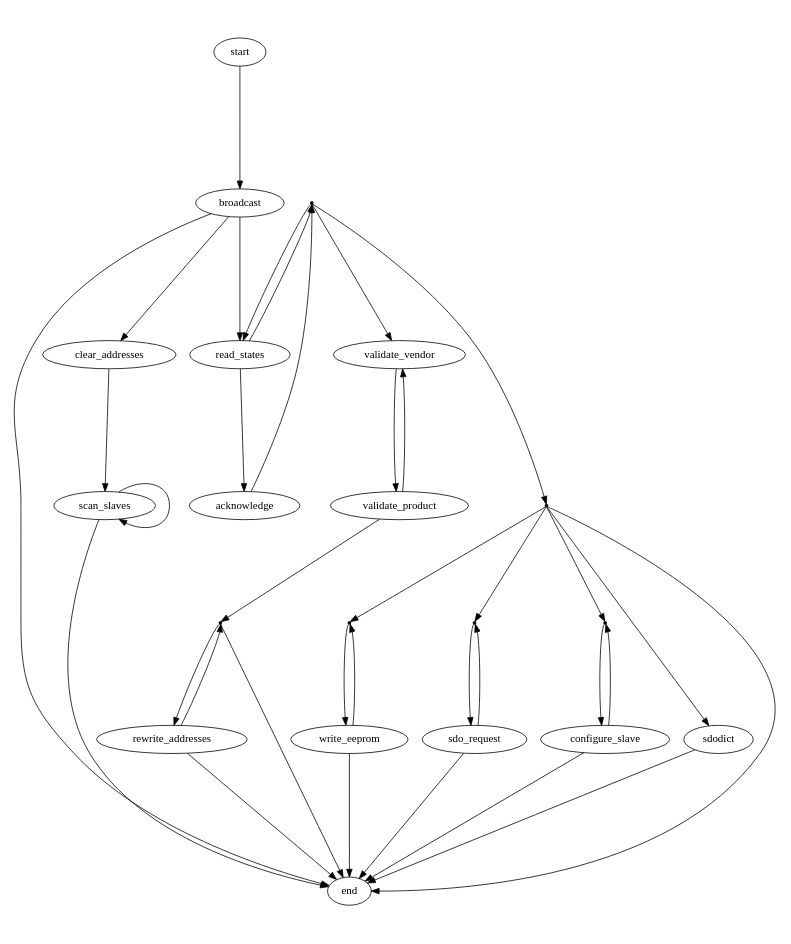
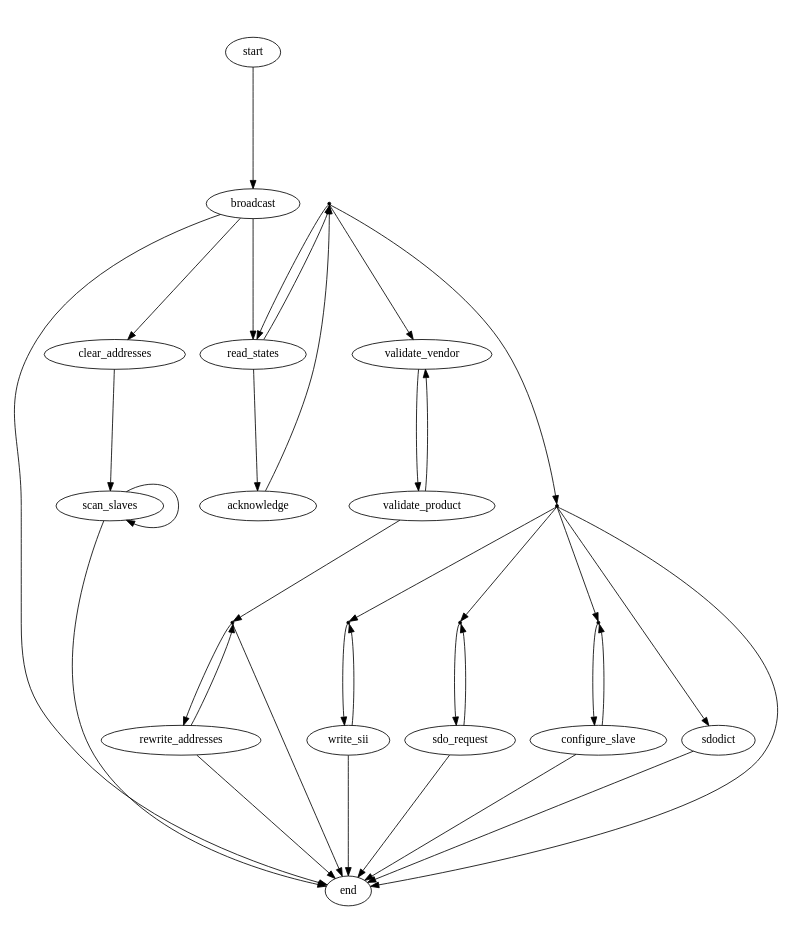
Before and after one commit to ribalda/ethercat: the diagram in documentation/graphs/fsm_master.dot, drawn with Graphviz. The commit also changed 12 other files, not shown here.

Commit message:
Renamed EEPROM to SII.

```diff
--- a/documentation/graphs/fsm_master.dot
+++ b/documentation/graphs/fsm_master.dot
@@ -1,83 +1,83 @@
 
 /* $Id$ */
 
 digraph master {
     size="7,9"
     center=1
 	ratio=fill
 
-    action_process_eeprom [shape=point,label=""]
+    action_process_sii [shape=point,label=""]
     action_process_sdo [shape=point,label=""]
     action_configure [shape=point,label=""]
     action_next_slave_state [shape=point,label=""]
     action_process_states [shape=point,label=""]
     action_addresses [shape=point,label=""]
 
     start -> broadcast [weight=10]
 
     //broadcast -> error
     broadcast -> end
     broadcast -> clear_addresses
     broadcast -> read_states [weight=10]
 
-    action_process_eeprom -> write_eeprom
+    action_process_sii -> write_sii
 
     action_process_sdo -> sdo_request
 
     action_configure -> configure_slave
 
     action_process_states -> action_configure
     action_process_states -> action_process_sdo
     action_process_states -> sdodict
-    action_process_states -> action_process_eeprom
+    action_process_states -> action_process_sii
     action_process_states -> end
 
     action_next_slave_state -> read_states
     action_next_slave_state -> validate_vendor
     action_next_slave_state -> action_process_states
 
     //read_states -> error
     read_states -> action_next_slave_state
     read_states -> acknowledge
 
     //acknowledge -> error
     acknowledge -> action_next_slave_state
 
     //validate_vendor -> error
     validate_vendor -> validate_product
 
     action_addresses -> end
     action_addresses -> rewrite_addresses
 
     //validate_product -> error
     validate_product -> action_addresses
     validate_product -> validate_vendor
 
     //rewrite_addresses -> error
     rewrite_addresses -> end
     rewrite_addresses -> action_addresses
 
     //clear_addresses -> error
     clear_addresses -> scan_slaves
 
     scan_slaves -> scan_slaves
     scan_slaves -> end
 
     configure_slave -> action_configure
     configure_slave -> end
 
-    //write_eeprom -> error
-    write_eeprom -> action_process_eeprom
-    write_eeprom -> end
+    //write_sii -> error
+    write_sii -> action_process_sii
+    write_sii -> end
 
     //sdodict -> error
     sdodict -> end
 
     //sdo_request -> error
     sdo_request -> action_process_sdo
     sdo_request -> end
 
     //error -> start
 
     //end -> start
 }
```
